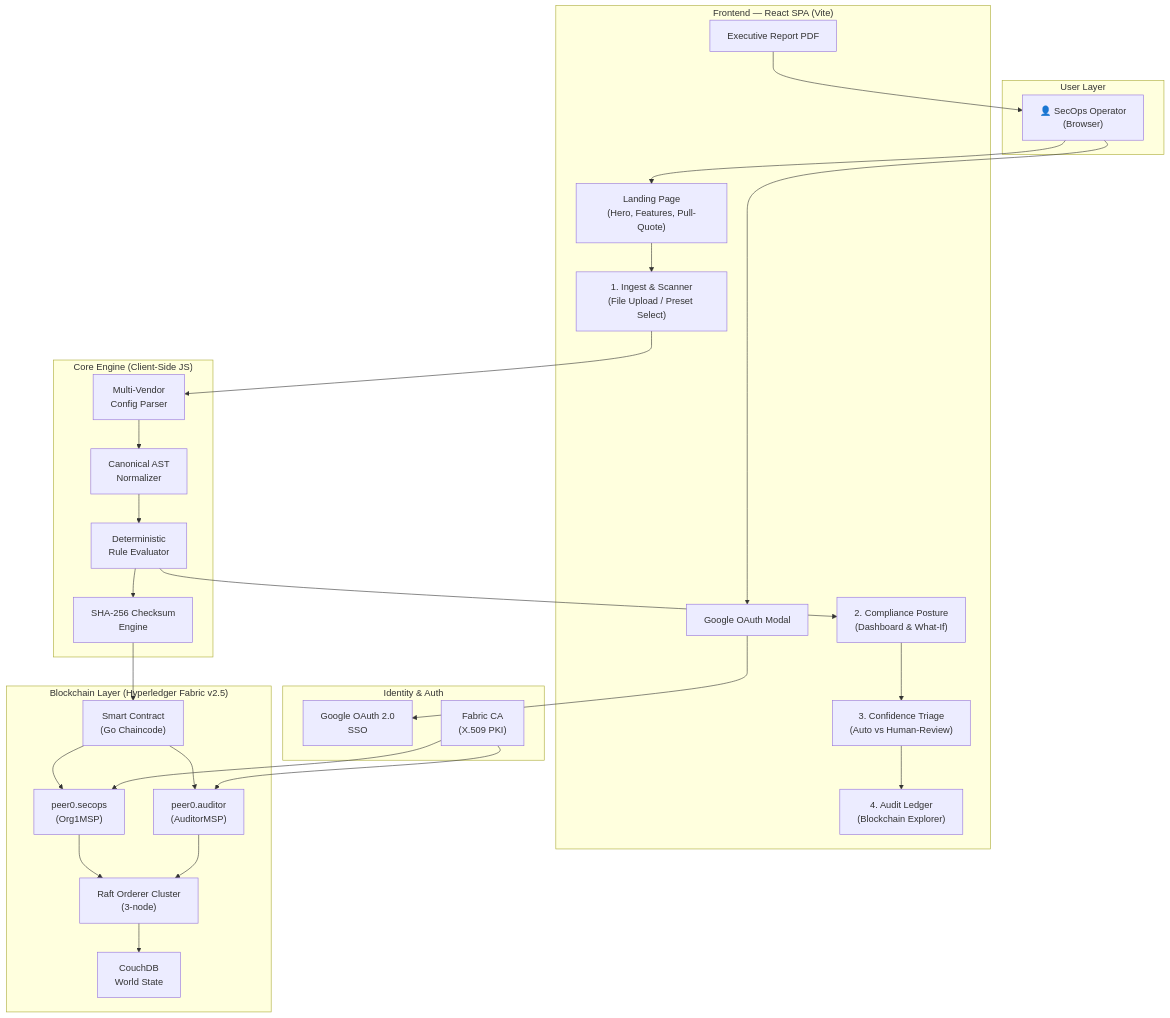
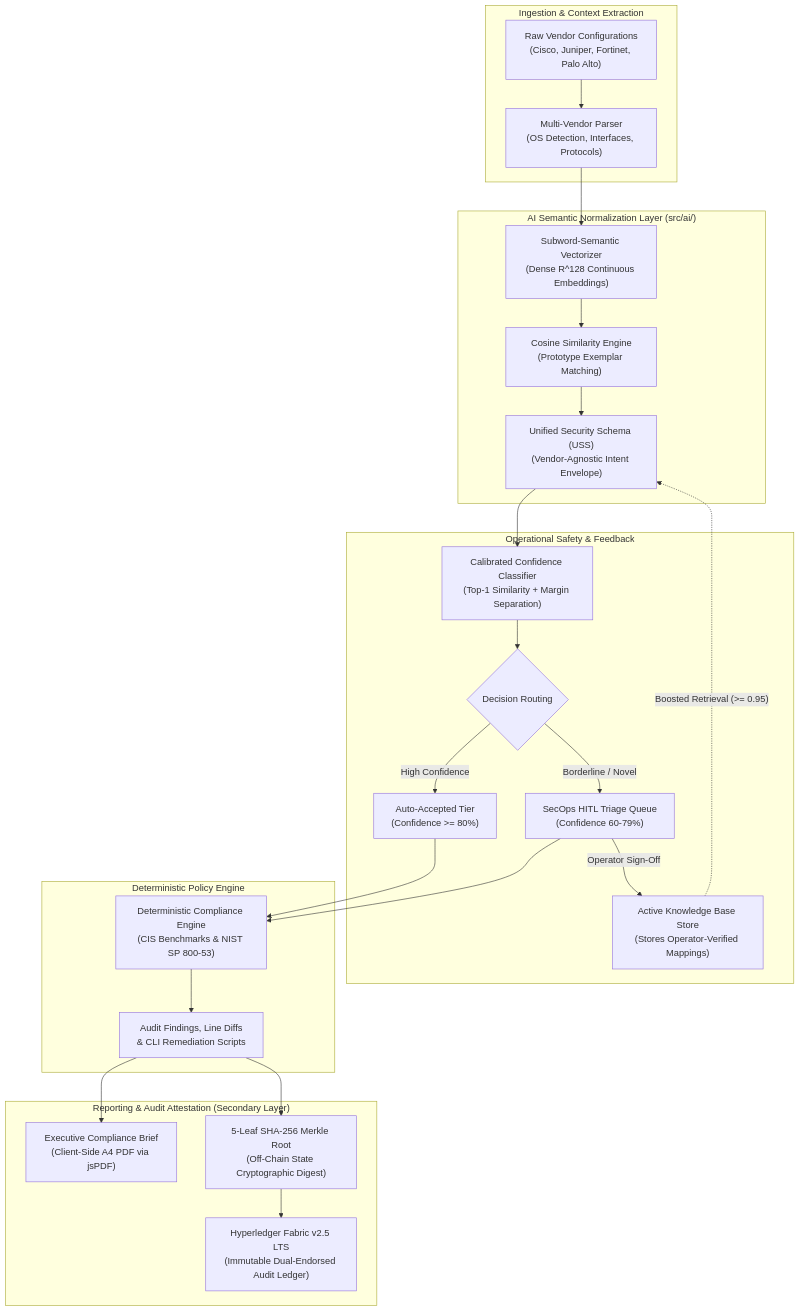
The first of 10 diagrams in ARCHITECTURE.md (krithika2006-hue/NeuraComply), drawn with Mermaid before and after one commit. The commit also changed other lines of this file and 4 other files, not shown here.

Commit message:
docs: update ARCHITECTURE.md, IMPLEMENTATION_STATUS.md, evaluation guide, and add 2 semantic integration tests

````diff
--- a/ARCHITECTURE.md
+++ b/ARCHITECTURE.md
@@ -20,53 +20,43 @@
 ```mermaid
 graph TB
-    subgraph "User Layer"
-        USER["👤 SecOps Operator<br/>(Browser)"]
+    subgraph "Ingestion & Context Extraction"
+        CONFIGS["Raw Vendor Configurations<br/>(Cisco, Juniper, Fortinet, Palo Alto)"]
+        PARSER["Multi-Vendor Parser<br/>(OS Detection, Interfaces, Protocols)"]
     end
 
-    subgraph "Frontend — React SPA (Vite)"
-        LANDING["Landing Page<br/>(Hero, Features, Pull-Quote)"]
-        UPLOAD["1. Ingest & Scanner<br/>(File Upload / Preset Select)"]
-        RESULTS["2. Compliance Posture<br/>(Dashboard & What-If)"]
-        TRIAGE["3. Confidence Triage<br/>(Auto vs Human-Review)"]
-        LEDGER["4. Audit Ledger<br/>(Blockchain Explorer)"]
-        AUTH["Google OAuth Modal"]
-        REPORT["Executive Report PDF"]
+    subgraph "AI Semantic Normalization Layer (src/ai/)"
+        EMBED["Subword-Semantic Vectorizer<br/>(Dense R^128 Continuous Embeddings)"]
+        SIM["Cosine Similarity Engine<br/>(Prototype Exemplar Matching)"]
+        USS["Unified Security Schema (USS)<br/>(Vendor-Agnostic Intent Envelope)"]
     end
 
-    subgraph "Core Engine (Client-Side JS)"
-        PARSER["Multi-Vendor<br/>Config Parser"]
-        AST["Canonical AST<br/>Normalizer"]
-        EVALUATOR["Deterministic<br/>Rule Evaluator"]
-        HASH["SHA-256 Checksum<br/>Engine"]
+    subgraph "Operational Safety & Feedback"
+        CONF["Calibrated Confidence Classifier<br/>(Top-1 Similarity + Margin Separation)"]
+        TRIAGE{"Decision Routing"}
+        AUTO["Auto-Accepted Tier<br/>(Confidence >= 80%)"]
+        HITL["SecOps HITL Triage Queue<br/>(Confidence 60-79%)"]
+        KB["Active Knowledge Base Store<br/>(Stores Operator-Verified Mappings)"]
     end
 
-    subgraph "Blockchain Layer (Hyperledger Fabric v2.5)"
-        ORDERER["Raft Orderer Cluster<br/>(3-node)"]
-        PEER1["peer0.secops<br/>(Org1MSP)"]
-        PEER2["peer0.auditor<br/>(AuditorMSP)"]
-        CC["Smart Contract<br/>(Go Chaincode)"]
-        STATEDB["CouchDB<br/>World State"]
+    subgraph "Deterministic Policy Engine"
+        EVAL["Deterministic Compliance Engine<br/>(CIS Benchmarks & NIST SP 800-53)"]
+        FINDINGS["Audit Findings, Line Diffs<br/>& CLI Remediation Scripts"]
     end
 
-    subgraph "Identity & Auth"
-        GOOGLE["Google OAuth 2.0<br/>SSO"]
-        FABRICA["Fabric CA<br/>(X.509 PKI)"]
+    subgraph "Reporting & Audit Attestation (Secondary Layer)"
+        PDF["Executive Compliance Brief<br/>(Client-Side A4 PDF via jsPDF)"]
+        MERKLE["5-Leaf SHA-256 Merkle Root<br/>(Off-Chain State Cryptographic Digest)"]
+        FABRIC["Hyperledger Fabric v2.5 LTS<br/>(Immutable Dual-Endorsed Audit Ledger)"]
     end
 
-    USER --> LANDING --> UPLOAD
-    UPLOAD --> PARSER
-    PARSER --> AST --> EVALUATOR
-    EVALUATOR --> RESULTS
-    RESULTS --> TRIAGE
-    TRIAGE --> LEDGER
-
-    EVALUATOR --> HASH
-    HASH --> CC
-    CC --> PEER1 & PEER2
-    PEER1 & PEER2 --> ORDERER
-    ORDERER --> STATEDB
-
-    USER --> AUTH --> GOOGLE
-    FABRICA --> PEER1 & PEER2
-    REPORT --> USER
+    CONFIGS --> PARSER
+    PARSER --> EMBED --> SIM --> USS
+    USS --> CONF --> TRIAGE
+    TRIAGE -- "High Confidence" --> AUTO --> EVAL
+    TRIAGE -- "Borderline / Novel" --> HITL
+    HITL -- "Operator Sign-Off" --> KB
+    KB -. "Boosted Retrieval (>= 0.95)" .-> USS
+    HITL --> EVAL
+    EVAL --> FINDINGS --> PDF
+    FINDINGS --> MERKLE --> FABRIC
 ```
````
